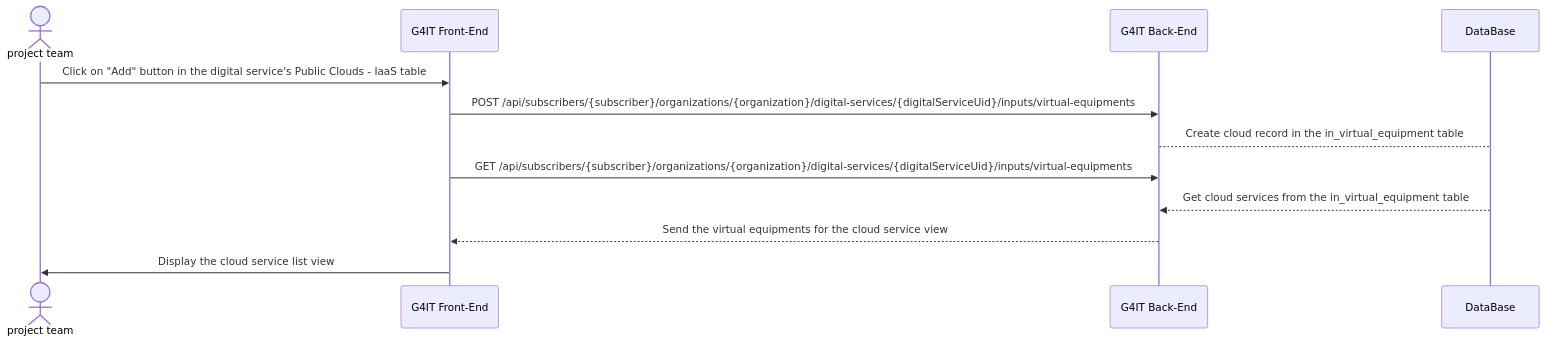
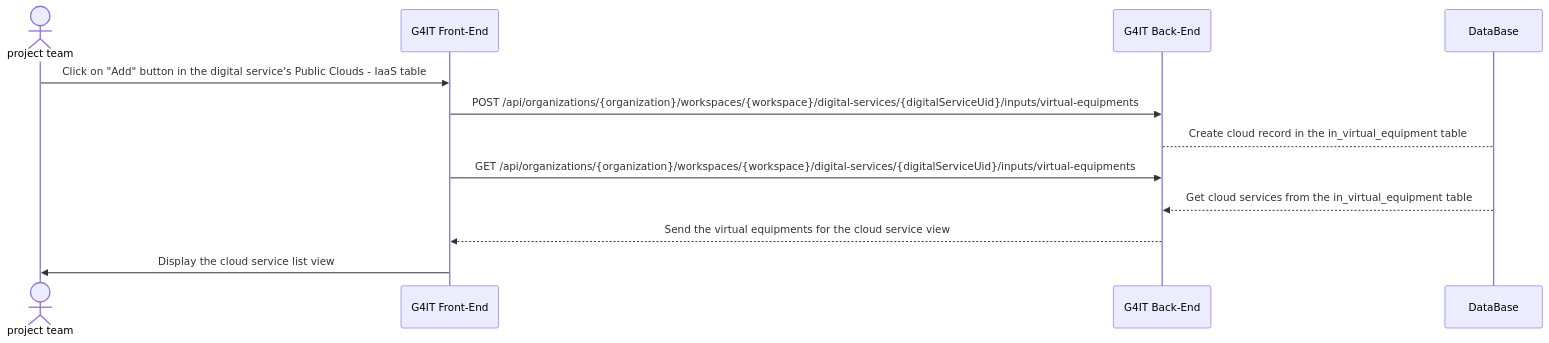
One commit to teamg4it/g4it changed the diagram in services/documentation/content/2-functional-documentation/use_cases/uc_digital_services/uc3_add_visualize_equipments/uc3_add_visualize_cloud_services/add_visualize_cloud_services_via_forms.md. Above: the diagram before and after it, drawn with Mermaid. The commit also changed other lines of this file and 92 other files, not shown here.

```diff
--- a/services/documentation/content/2-functional-documentation/use_cases/uc_digital_services/uc3_add_visualize_equipments/uc3_add_visualize_cloud_services/add_visualize_cloud_services_via_forms.md
+++ b/services/documentation/content/2-functional-documentation/use_cases/uc_digital_services/uc3_add_visualize_equipments/uc3_add_visualize_cloud_services/add_visualize_cloud_services_via_forms.md
@@ -48,16 +48,16 @@
 {{< mermaid >}}
 sequenceDiagram
 actor RND as project team
 participant front as G4IT Front-End
 participant back as G4IT Back-End
 participant DataBase
 
 RND ->> front: Click on "Add" button in the digital service's Public Clouds - IaaS table
-front ->> back: POST /api/subscribers/{subscriber}/organizations/{organization}/digital-services/{digitalServiceUid}/inputs/virtual-equipments
+front ->> back: POST /api/organizations/{organization}/workspaces/{workspace}/digital-services/{digitalServiceUid}/inputs/virtual-equipments
 back--> DataBase: Create cloud record in the in_virtual_equipment table
-front ->> back: GET /api/subscribers/{subscriber}/organizations/{organization}/digital-services/{digitalServiceUid}/inputs/virtual-equipments
+front ->> back: GET /api/organizations/{organization}/workspaces/{workspace}/digital-services/{digitalServiceUid}/inputs/virtual-equipments
 DataBase -->> back: Get cloud services from the in_virtual_equipment table
 back -->> front: Send the virtual equipments for the cloud service view
 front->> RND : Display the cloud service list view
 
 {{< /mermaid >}}
```
